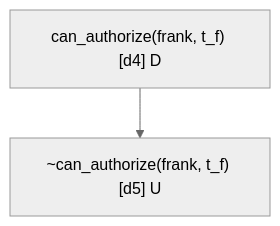
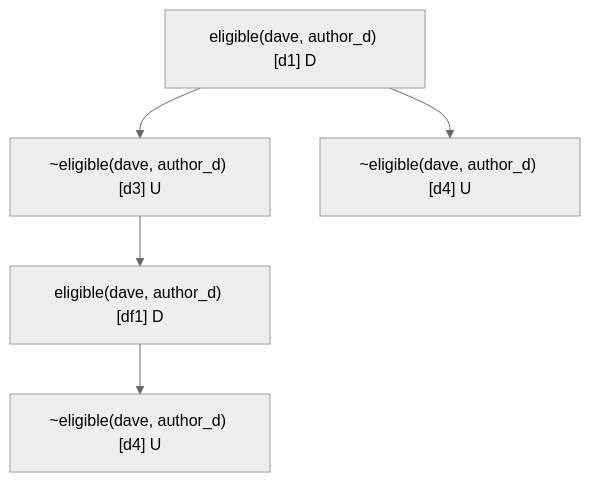
One commit to ctoth/gunray changed the diagram in README.md. Above: the diagram before and after it, drawn with Mermaid (neutral theme). The commit also changed other lines of this file and 3 other files, not shown here.

First line of the commit message:
Rewrite README; split architecture and citations into dedicated docs

````diff
--- a/README.md
+++ b/README.md
@@ -387,6 +148,12 @@
 ```mermaid
 flowchart TD
-    n0["can_authorize(frank, t_f) [d4] D"]
-    n1["~can_authorize(frank, t_f) [d5] U"]
+    n0["eligible(dave, author_d) [d1] D"]
+    n1["~eligible(dave, author_d) [d3] U"]
+    n2["eligible(dave, author_d) [df1] D"]
+    n3["~eligible(dave, author_d) [d4] U"]
+    n4["~eligible(dave, author_d) [d4] U"]
+    n2 --> n3
+    n1 --> n2
     n0 --> n1
+    n0 --> n4
 ```
````
